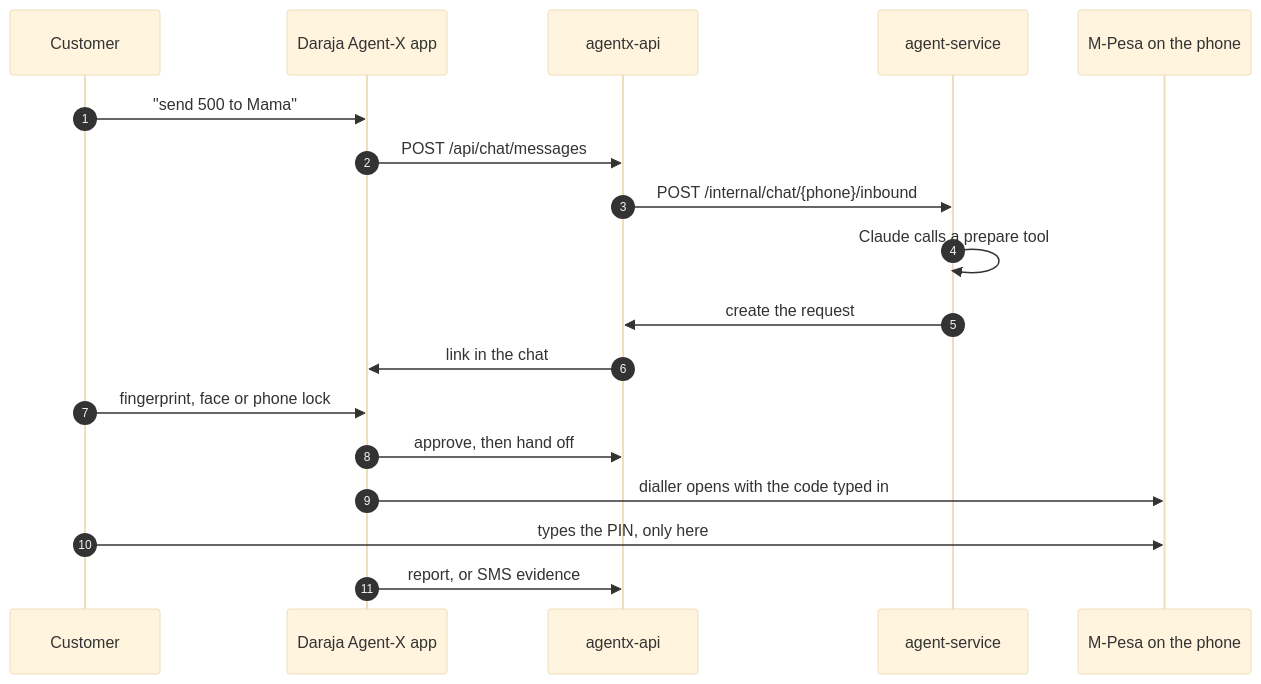
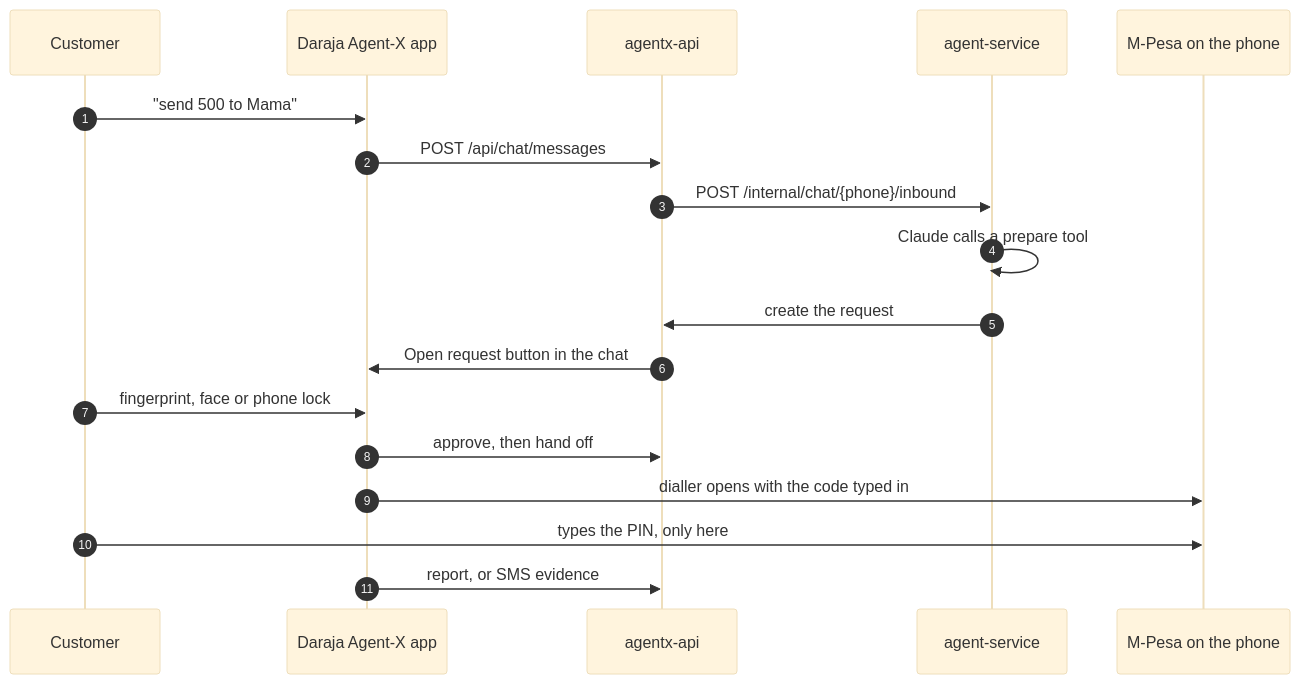
Before and after one commit to peacemakerbill/mpesa-ai-agent: the diagram in README.md, drawn with Mermaid (base theme). The commit also changed 19 other files, not shown here.

Commit message:
Show an Open request button instead of writing the approval link into the chat

````diff
--- a/README.md
+++ b/README.md
@@ -94,21 +94,21 @@
 ```mermaid
 sequenceDiagram
     autonumber
     participant C as Customer
     participant A as Daraja Agent-X app
     participant API as agentx-api
     participant AG as agent-service
     participant M as M-Pesa on the phone
 
     C->>A: "send 500 to Mama"
     A->>API: POST /api/chat/messages
     API->>AG: POST /internal/chat/{phone}/inbound
     AG->>AG: Claude calls a prepare tool
     AG->>API: create the request
-    API->>A: link in the chat
+    API->>A: Open request button in the chat
     C->>A: fingerprint, face or phone lock
     A->>API: approve, then hand off
     A->>M: dialler opens with the code typed in
     C->>M: types the PIN, only here
     A->>API: report, or SMS evidence
 ```
````
